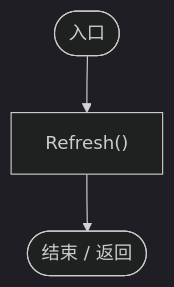
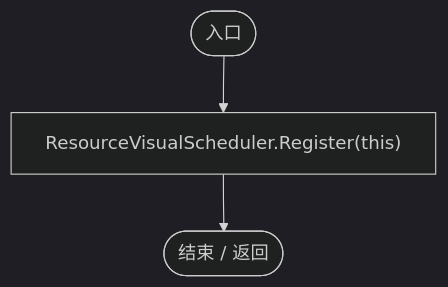
The second of 5 diagrams in Docs/运行流程图/脚本/dd689a3df9b53e75.md (xhs6666/Darwin_paradise), drawn with Mermaid (dark theme) before and after one commit. The commit also changed other lines of this file and 233 other files, not shown here.

````diff
--- a/Docs/运行流程图/脚本/dd689a3df9b53e75.md
+++ b/Docs/运行流程图/脚本/dd689a3df9b53e75.md
@@ -39,9 +39,9 @@
 ```mermaid
 flowchart TD
   b0(["入口"])
-  b1["Refresh()"]
+  b1["ResourceVisualScheduler.Register(this)"]
   b2(["结束 / 返回"])
   b0 --> b1
   b1 --> b2
 
 ```
````
